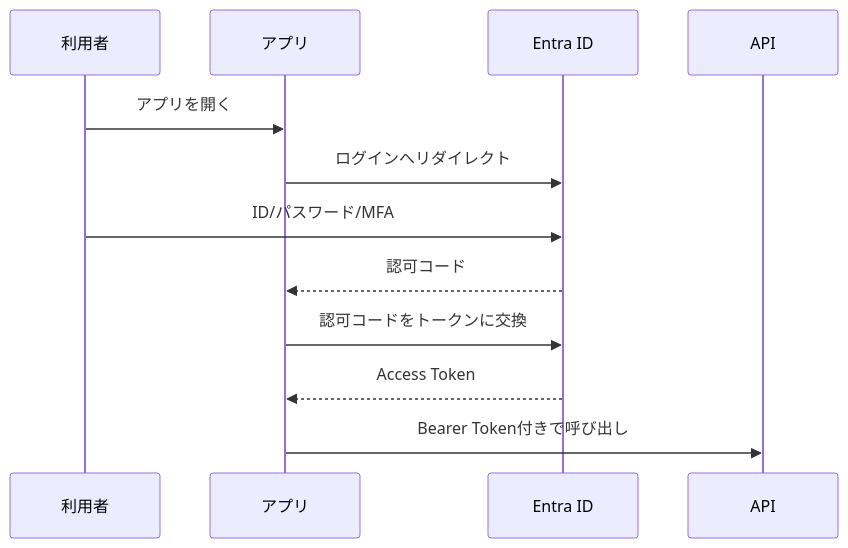
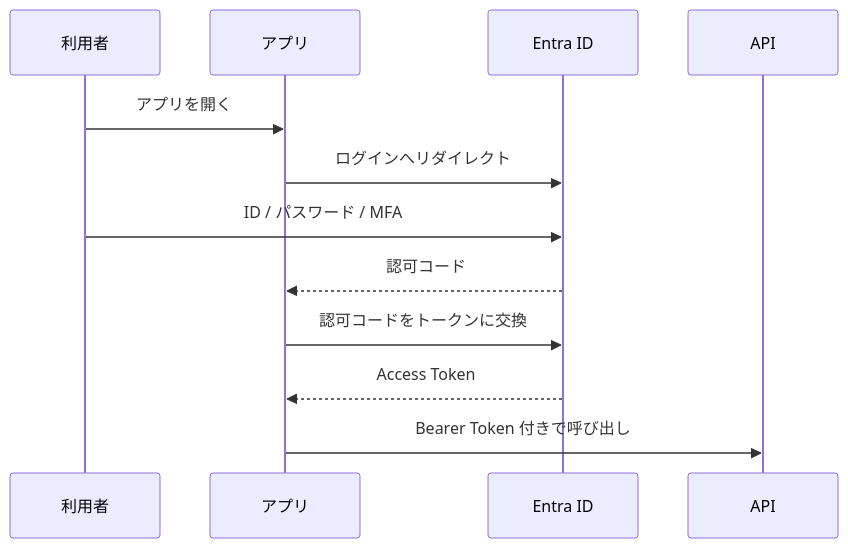
Before and after one commit to n-Sakana/sakana-oss: the sixth of 8 diagrams in notes/dataverse-learning-resume-2026-05-18.md, drawn with Mermaid. The commit also changed other lines of this file, not shown here.

````diff
--- a/notes/dataverse-learning-resume-2026-05-18.md
+++ b/notes/dataverse-learning-resume-2026-05-18.md
@@ -572,15 +567,15 @@
 ```mermaid
 sequenceDiagram
     participant U as 利用者
     participant A as アプリ
     participant E as Entra ID
     participant API as API
 
     U->>A: アプリを開く
     A->>E: ログインへリダイレクト
-    U->>E: ID/パスワード/MFA
+    U->>E: ID / パスワード / MFA
     E-->>A: 認可コード
     A->>E: 認可コードをトークンに交換
     E-->>A: Access Token
-    A->>API: Bearer Token付きで呼び出し
+    A->>API: Bearer Token 付きで呼び出し
 ```
````
